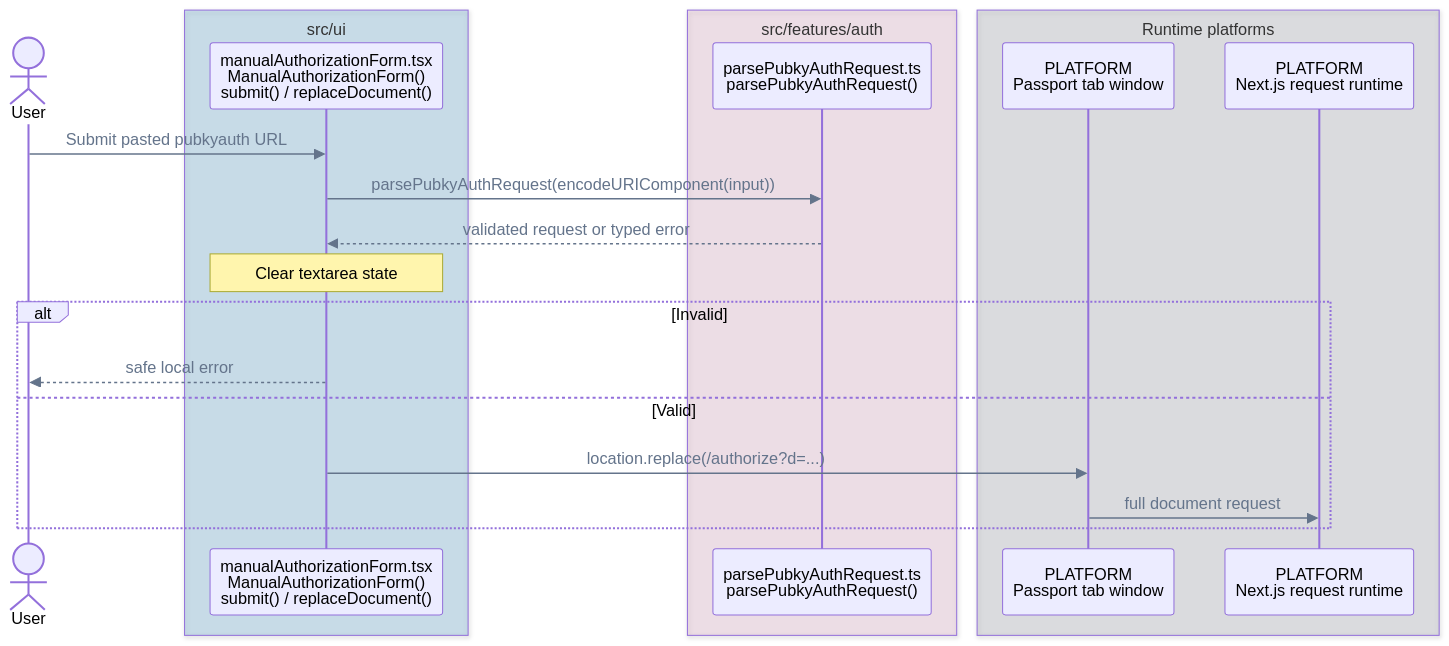
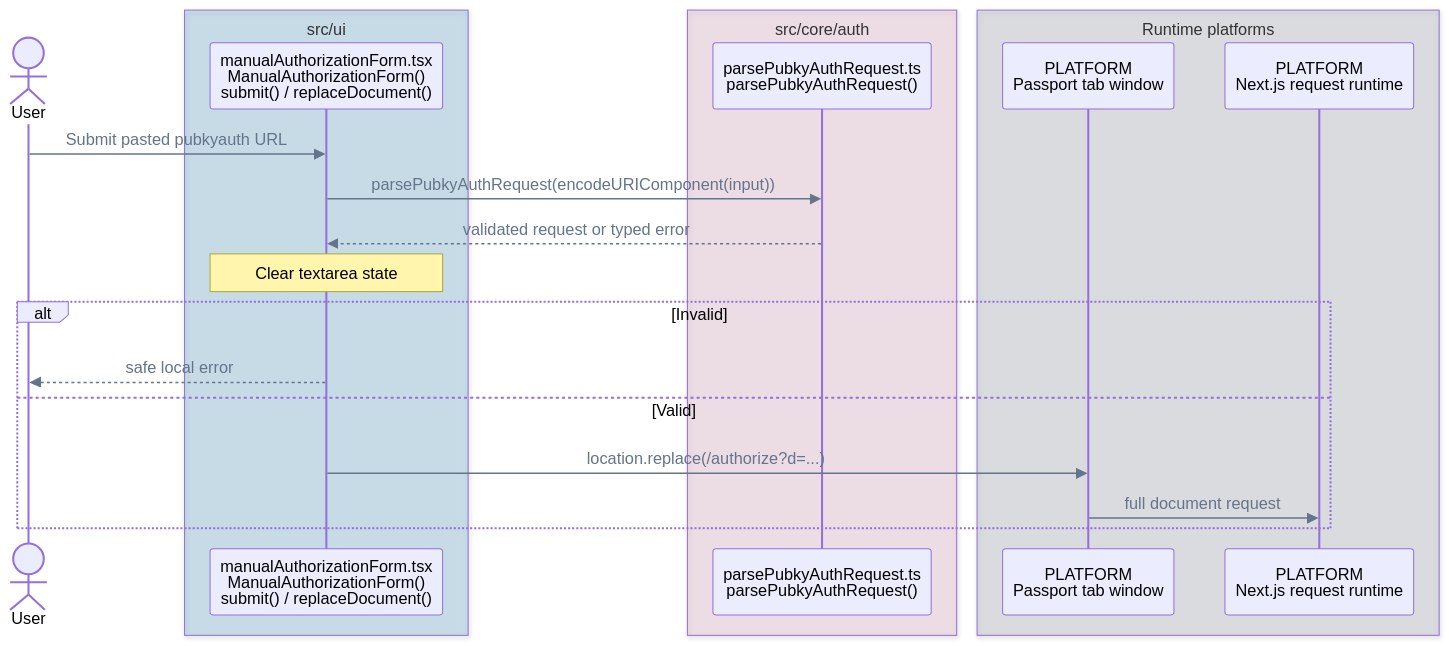
One commit to pubky/pubky-passport changed the fourth of 14 diagrams in FLOWS.md. Above: the diagram before and after it, drawn with Mermaid. The commit also changed other lines of this file and 83 other files, not shown here.

````diff
--- a/FLOWS.md
+++ b/FLOWS.md
@@ -161,28 +161,28 @@
 ```mermaid
 %%{init: {"themeVariables": {"signalColor": "#64748B", "signalTextColor": "#64748B"}}}%%
 sequenceDiagram
     accTitle: Manual authorization call flow
     accDescr: The form validates and clears a pasted request before either showing a safe error or starting a full authorization document navigation.
     actor User
     box rgba(0, 114, 178, 0.18) src/ui
         participant Form as manualAuthorizationForm.tsx<br/>ManualAuthorizationForm()<br/>submit() / replaceDocument()
     end
-    box rgba(204, 121, 167, 0.18) src/features/auth
+    box rgba(204, 121, 167, 0.18) src/core/auth
         participant Parser as parsePubkyAuthRequest.ts<br/>parsePubkyAuthRequest()
     end
     box rgba(107, 114, 128, 0.18) Runtime platforms
         participant Window as PLATFORM<br/>Passport tab window
         participant Next as PLATFORM<br/>Next.js request runtime
     end
 
     User->>Form: Submit pasted pubkyauth URL
     Form->>Parser: parsePubkyAuthRequest(encodeURIComponent(input))
     Parser-->>Form: validated request or typed error
     Note over Form: Clear textarea state
     alt Invalid
         Form-->>User: safe local error
     else Valid
         Form->>Window: location.replace(/authorize?d=...)
         Window->>Next: full document request
     end
 ```
````
